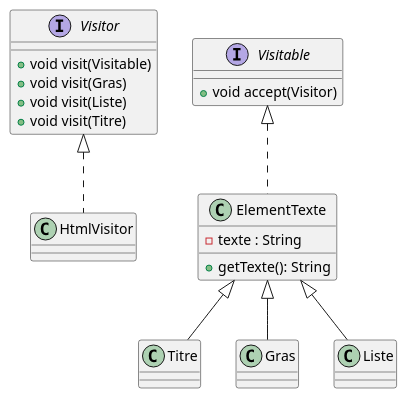
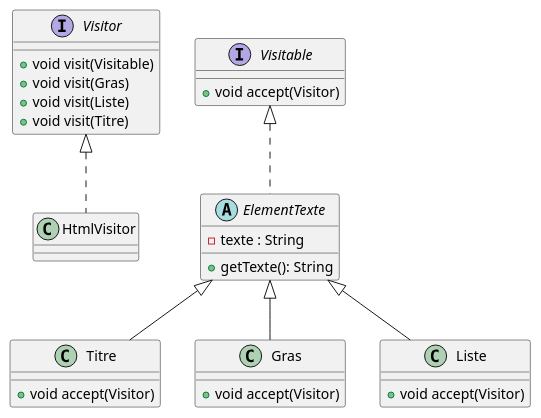
Before and after one commit to jandry/design-pattern: the diagram in src/uml/visitor.puml, drawn with PlantUML. The commit also changed 4 other files, not shown here.

```diff
--- a/src/uml/visitor.puml
+++ b/src/uml/visitor.puml
@@ -1,34 +1,42 @@
 @startuml Visitor
 
 interface Visitor {
     + void visit(Visitable)
     + void visit(Gras)
     + void visit(Liste)
     + void visit(Titre)
 }
 
 class HtmlVisitor
 
 Visitor <|.. HtmlVisitor
 
 interface Visitable {
     + void accept(Visitor)
 }
 
-class Titre
-class Gras
-class Liste
+class Titre {
+    + void accept(Visitor)
 
-class ElementTexte {
+}
+class Gras {
+    + void accept(Visitor)
+}
+
+class Liste {
+    + void accept(Visitor)
+}
+
+abstract ElementTexte {
     - texte : String
     + getTexte(): String
 }
 
 Visitable <|.. ElementTexte
 
 ElementTexte <|-- Liste
 ElementTexte <|-- Titre
 ElementTexte <|-- Gras
 
 
 @enduml
```
